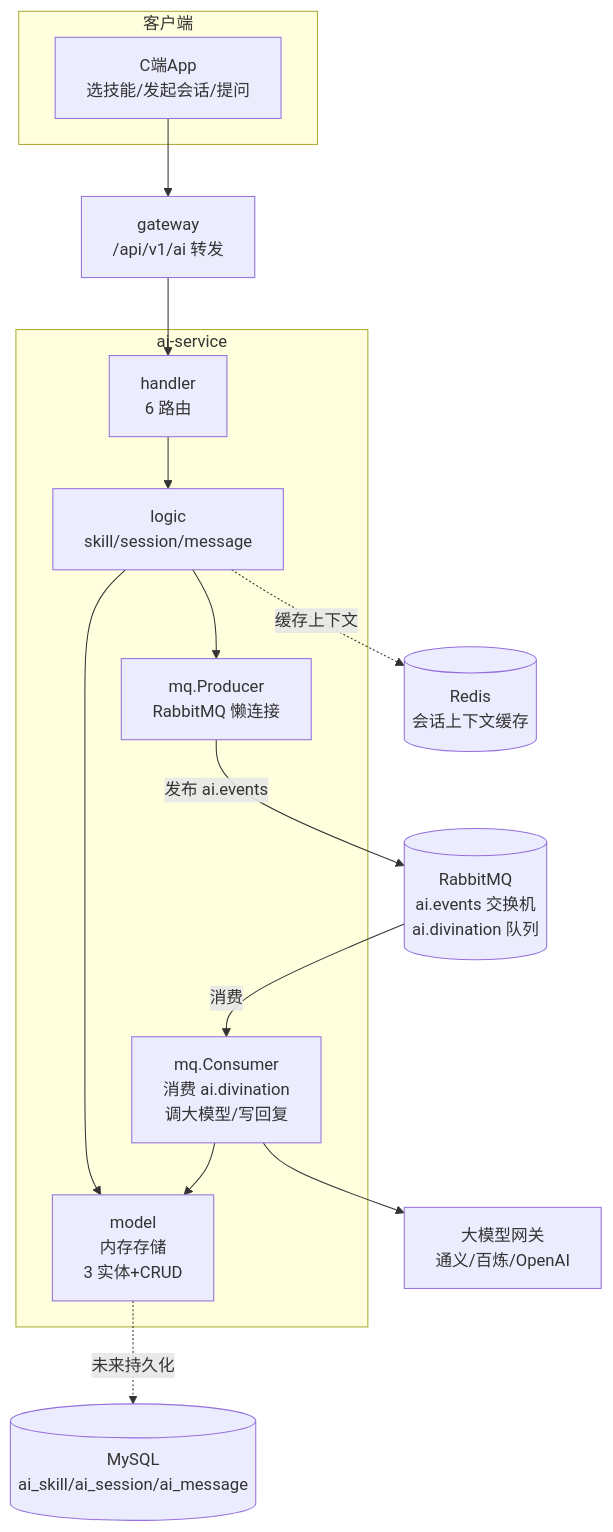
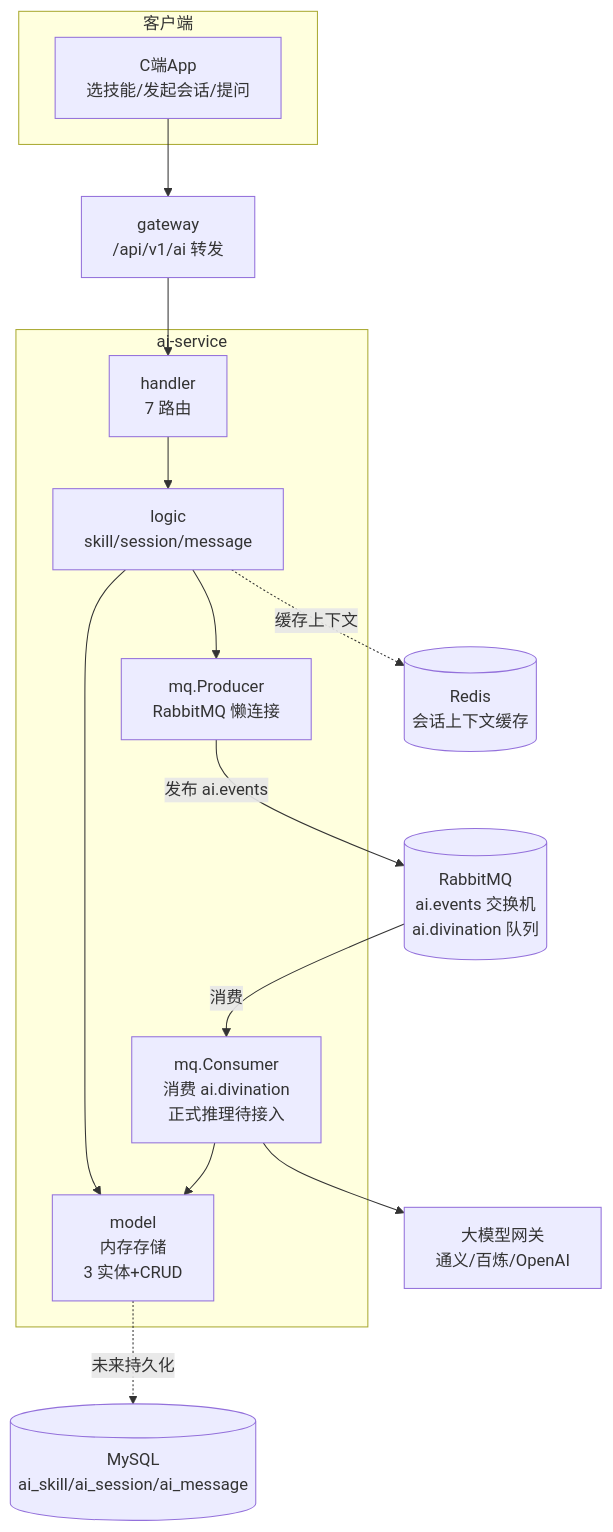
The diagram in docs/architecture/services/AI问事服务.md (askxuan-dongfang/askxuan-docs), drawn with Mermaid before and after one commit. The commit also changed other lines of this file and 2 other files, not shown here.

````diff
--- a/docs/architecture/services/AI问事服务.md
+++ b/docs/architecture/services/AI问事服务.md
@@ -36,32 +36,32 @@
 ```mermaid
 graph TB
     subgraph 客户端
         C1[C端App<br/>选技能/发起会话/提问]
     end
 
     subgraph ai-service
-        HANDLER[handler<br/>6 路由]
+        HANDLER[handler<br/>7 路由]
         LOGIC[logic<br/>skill/session/message]
         MODEL[model<br/>内存存储<br/>3 实体+CRUD]
         MQ[mq.Producer<br/>RabbitMQ 懒连接]
-        CONSUMER[mq.Consumer<br/>消费 ai.divination<br/>调大模型/写回复]
+    CONSUMER[mq.Consumer<br/>消费 ai.divination<br/>正式推理待接入]
     end
 
     GW[gateway<br/>/api/v1/ai 转发]
     RB[(RabbitMQ<br/>ai.events 交换机<br/>ai.divination 队列)]
     LLM[大模型网关<br/>通义/百炼/OpenAI]
     DB[(MySQL<br/>ai_skill/ai_session/ai_message)]
     REDIS[(Redis<br/>会话上下文缓存)]
 
     C1 --> GW
     GW --> HANDLER
     HANDLER --> LOGIC
     LOGIC --> MODEL
     LOGIC --> MQ
     MQ -->|发布 ai.events| RB
     RB -->|消费| CONSUMER
     CONSUMER --> LLM
     CONSUMER --> MODEL
     MODEL -.未来持久化.-> DB
     LOGIC -.缓存上下文.-> REDIS
 ```
````
